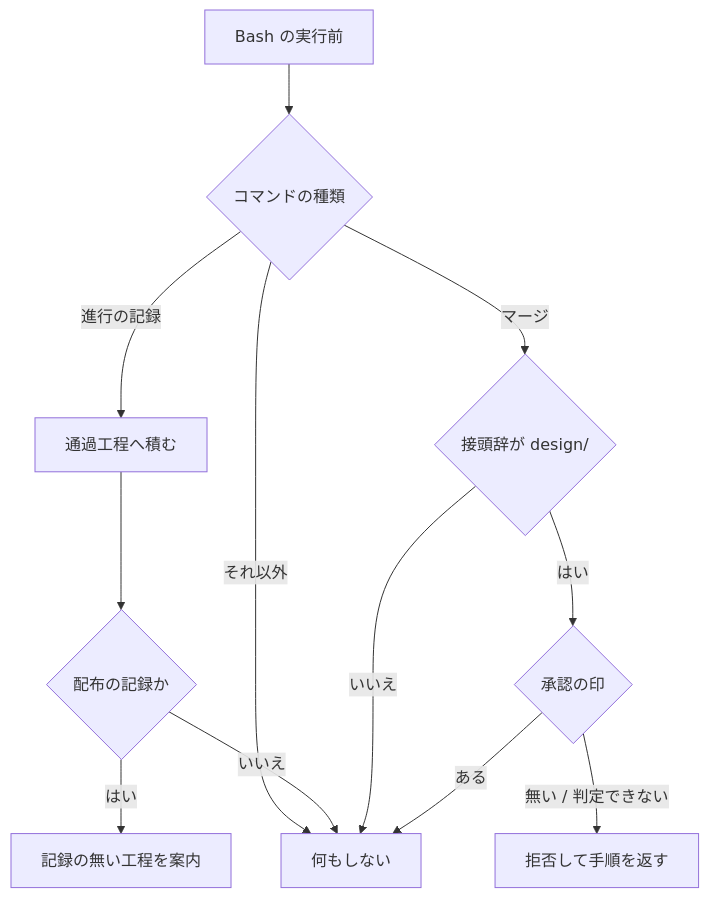
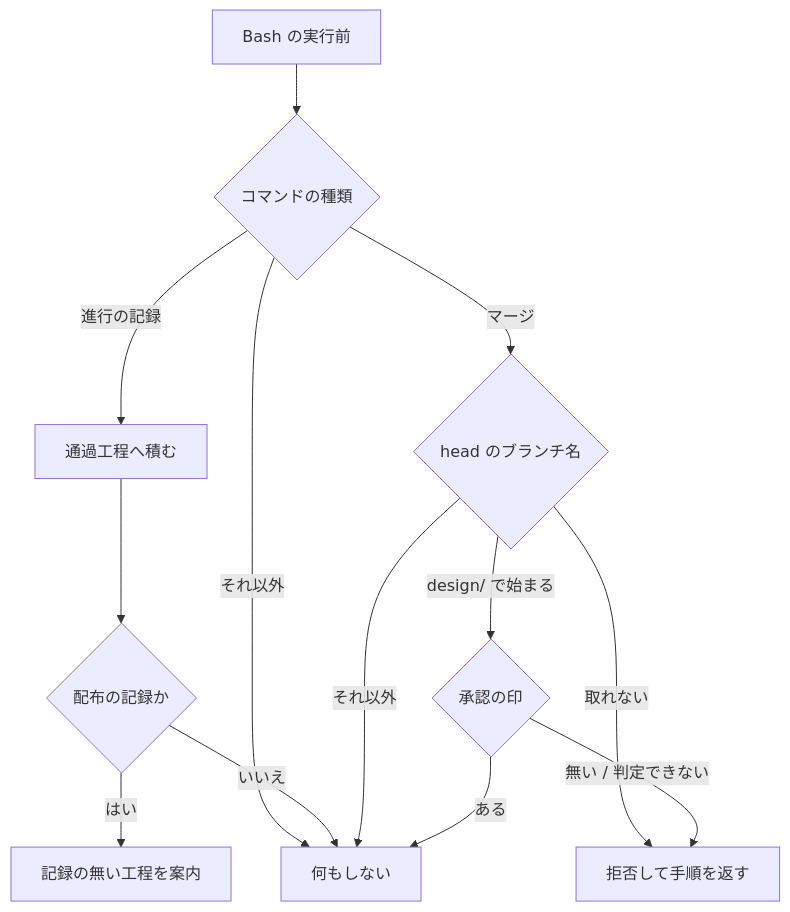
Before and after one commit to devbasex/ai-plugins: the diagram in issues/parallel-batch-05/03-issue-221-266.md, drawn with Mermaid. The commit also changed other lines of this file, not shown here.

````diff
--- a/issues/parallel-batch-05/03-issue-221-266.md
+++ b/issues/parallel-batch-05/03-issue-221-266.md
@@ -292,14 +299,15 @@
 ```mermaid
 flowchart TD
     A[Bash の実行前] --> B{コマンドの種類}
     B -->|進行の記録| C[通過工程へ積む]
-    B -->|マージ| D{接頭辞が design/}
+    B -->|マージ| D{head のブランチ名}
     B -->|それ以外| Z[何もしない]
     C --> E{配布の記録か}
     E -->|はい| F[記録の無い工程を案内]
     E -->|いいえ| Z
-    D -->|はい| G{承認の印}
-    D -->|いいえ| Z
-    G -->|無い / 判定できない| H[拒否して手順を返す]
+    D -->|design/ で始まる| G{承認の印}
+    D -->|それ以外| Z
+    D -->|取れない| H[拒否して手順を返す]
+    G -->|無い / 判定できない| H
     G -->|ある| Z
 ```
````
